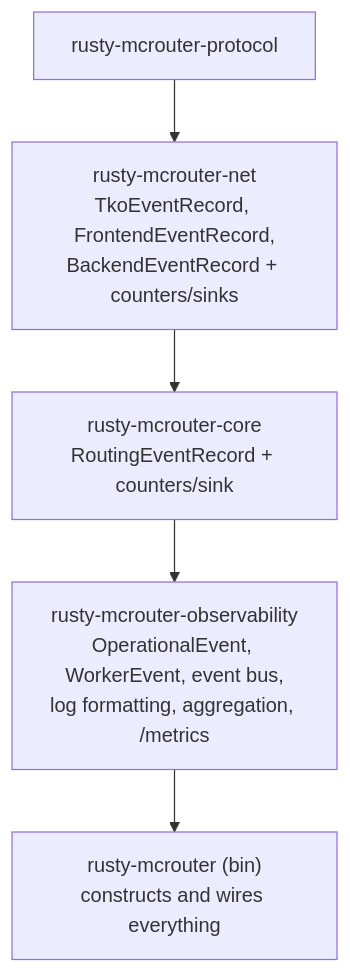
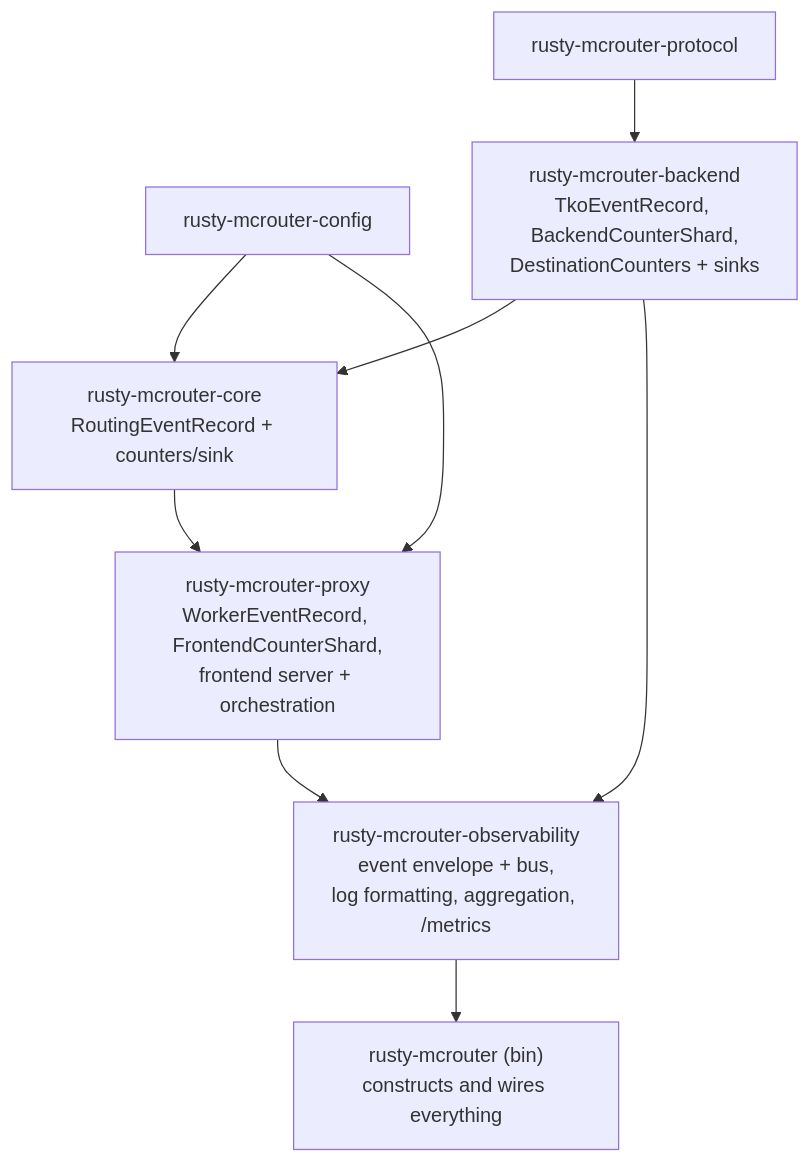
The second of 3 diagrams in docs/design/0001-observability.md (raydatray/rusty-mcrouter), drawn with Mermaid before and after one commit. The commit also changed other lines of this file and 2 other files, not shown here.

Commit message:
[7/7][docs] document the frontend/backend crate split

````diff
--- a/docs/design/0001-observability.md
+++ b/docs/design/0001-observability.md
@@ -130,9 +130,14 @@
 ```mermaid
 flowchart TB
     P[rusty-mcrouter-protocol]
-    N["rusty-mcrouter-net<br/>TkoEventRecord, FrontendEventRecord,<br/>BackendEventRecord + counters/sinks"]
+    K[rusty-mcrouter-config]
+    N["rusty-mcrouter-backend<br/>TkoEventRecord, BackendCounterShard,<br/>DestinationCounters + sinks"]
     C["rusty-mcrouter-core<br/>RoutingEventRecord + counters/sink"]
-    O["rusty-mcrouter-observability<br/>OperationalEvent, WorkerEvent, event bus,<br/>log formatting, aggregation, /metrics"]
+    X["rusty-mcrouter-proxy<br/>WorkerEventRecord, FrontendCounterShard,<br/>frontend server + orchestration"]
+    O["rusty-mcrouter-observability<br/>event envelope + bus,<br/>log formatting, aggregation, /metrics"]
     B["rusty-mcrouter (bin)<br/>constructs and wires everything"]
-    P --> N --> C --> O --> B
+    P --> N --> C --> X --> O --> B
+    K --> C
+    K --> X
+    N --> O
 ```
````
